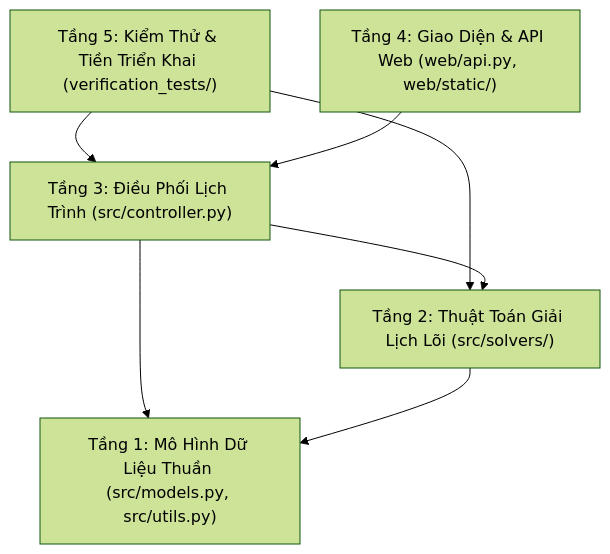
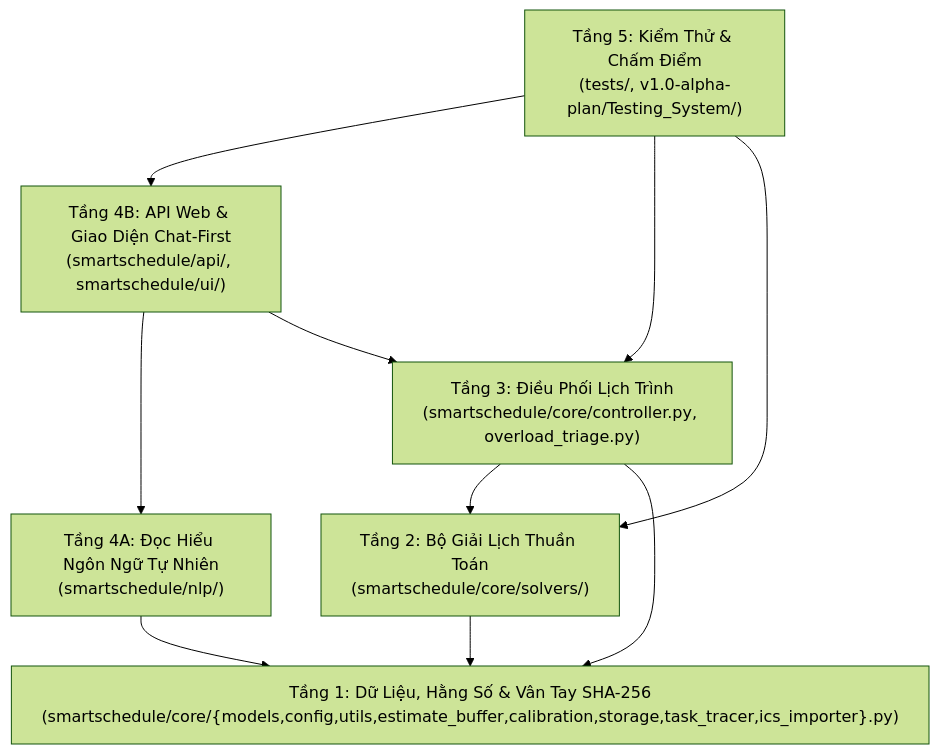
One commit to TNKhanh1/Computational-Thinking---Group-Project changed the diagram in docs/progress/kien_truc_he_thong.md. Above: the diagram before and after it, drawn with Mermaid (forest theme). The commit also changed other lines of this file and 26 other files, not shown here.

Commit message:
docs(sync): overhaul agents, docs, and v1.0-alpha-plan hubs for v1.0-alpha

````diff
--- a/docs/progress/kien_truc_he_thong.md
+++ b/docs/progress/kien_truc_he_thong.md
@@ -13,15 +13,19 @@
 ```mermaid
 flowchart TD
-    T5["Tầng 5: Kiểm Thử & Tiền Triển Khai (verification_tests/)"]
-    T4["Tầng 4: Giao Diện & API Web (web/api.py, web/static/)"]
-    T3["Tầng 3: Điều Phối Lịch Trình (src/controller.py)"]
-    T2["Tầng 2: Thuật Toán Giải Lịch Lõi (src/solvers/)"]
-    T1["Tầng 1: Mô Hình Dữ Liệu Thuần (src/models.py, src/utils.py)"]
+    T5["Tầng 5: Kiểm Thử & Chấm Điểm\n(tests/, v1.0-alpha-plan/Testing_System/)"]
+    T4B["Tầng 4B: API Web & Giao Diện Chat-First\n(smartschedule/api/, smartschedule/ui/)"]
+    T4A["Tầng 4A: Đọc Hiểu Ngôn Ngữ Tự Nhiên\n(smartschedule/nlp/)"]
+    T3["Tầng 3: Điều Phối Lịch Trình\n(smartschedule/core/controller.py, overload_triage.py)"]
+    T2["Tầng 2: Bộ Giải Lịch Thuần Toán\n(smartschedule/core/solvers/)"]
+    T1["Tầng 1: Dữ Liệu, Hằng Số & Vân Tay SHA-256\n(smartschedule/core/{models,config,utils,estimate_buffer,calibration,storage,task_tracer,ics_importer}.py)"]
 
+    T5 --> T4B
     T5 --> T3
     T5 --> T2
-    T4 --> T3
+    T4B --> T4A
+    T4B --> T3
+    T4A --> T1
     T3 --> T2
     T3 --> T1
     T2 --> T1
 ```
````
